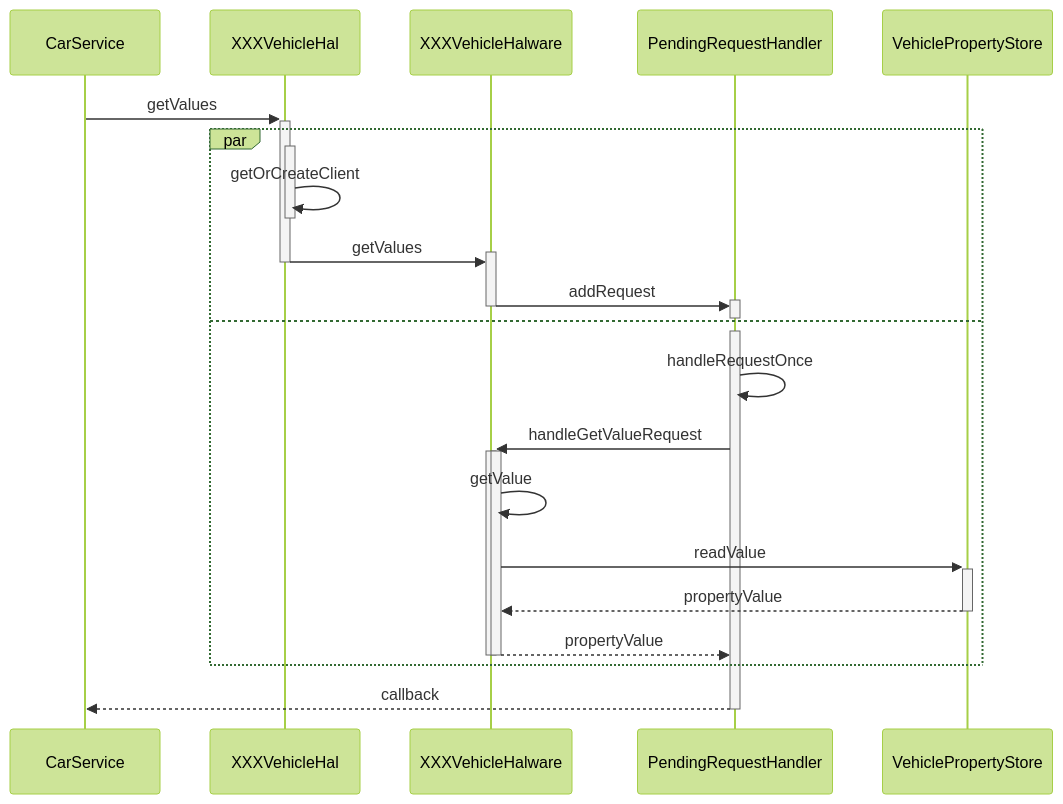
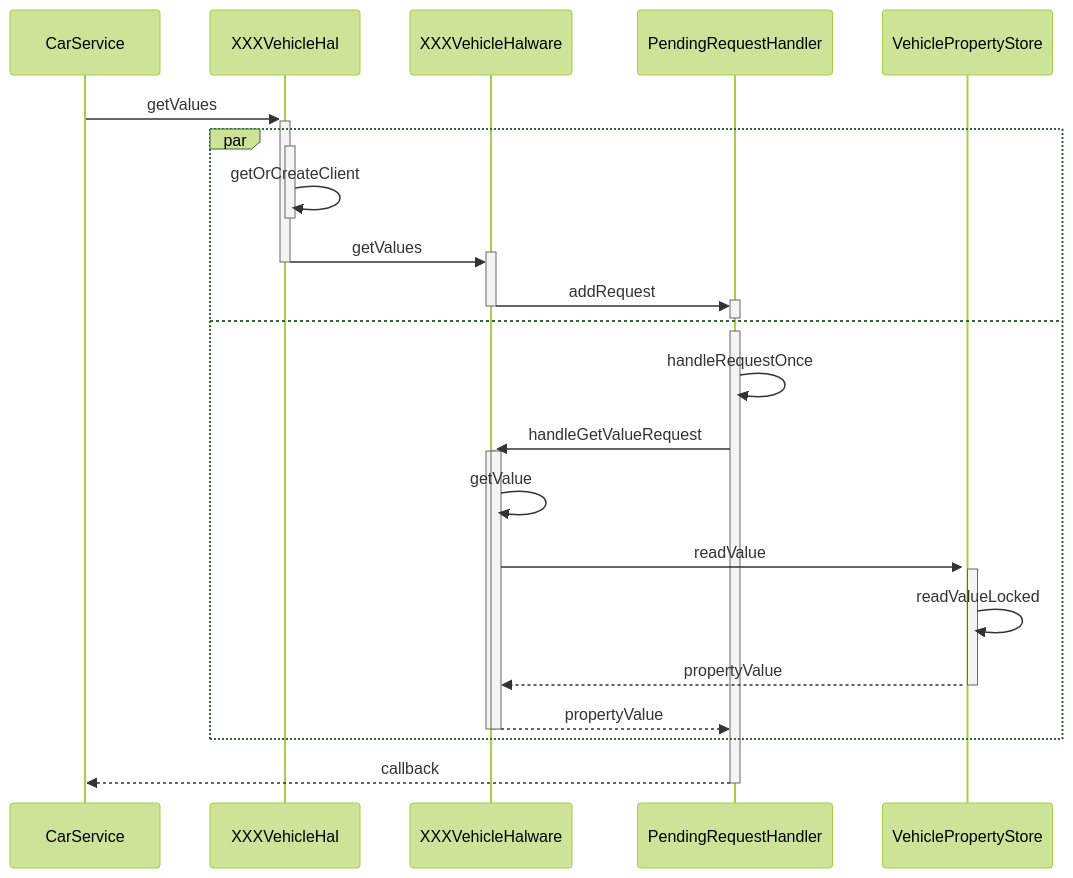
Before and after one commit to braisedp/braisedp.github.io: the second of 4 diagrams in _posts/2025-9-5-vhal_get_set.md, drawn with Mermaid (forest theme). The commit also changed other lines of this file and 2 other files, not shown here.

````diff
--- a/_posts/2025-9-5-vhal_get_set.md
+++ b/_posts/2025-9-5-vhal_get_set.md
@@ -267,34 +283,36 @@
 ```mermaid
 sequenceDiagram
 participant CS as CarService
 participant VH as XXXVehicleHal
 participant VHw as XXXVehicleHalware
 participant H as PendingRequestHandler
 participant VPS as VehiclePropertyStore
 CS->>+VH : getValues
 par 
 activate VH
 VH->>VH: getOrCreateClient
 deactivate VH
 VH->>+VHw: getValues
 deactivate VH
 VHw->>+H: addRequest
 deactivate VHw
 deactivate H
 and
 activate H
 H->>H:handleRequestOnce
 H->>+VHw: handleGetValueRequest
 
 activate VHw
 VHw->>VHw:getValue
 VHw->>+VPS: readValue
+activate VPS
+VPS->>VPS: readValueLocked
 VPS-->>VHw: propertyValue
 deactivate VPS
 VHw-->>H: propertyValue
 deactivate VHw
 deactivate VHw
 end
 H-->>CS: callback
 deactivate H
 ```
````
